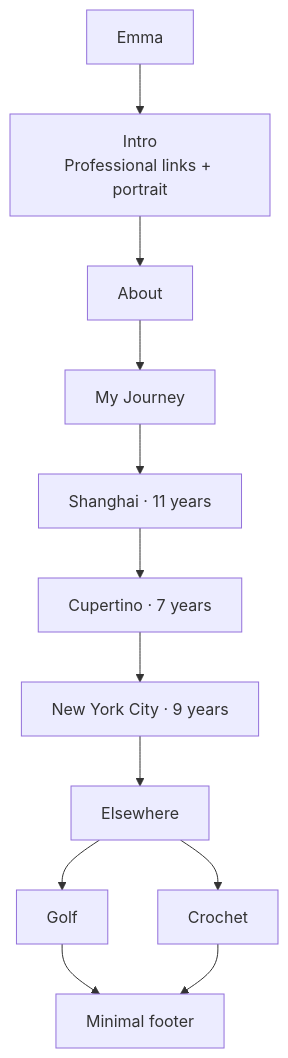
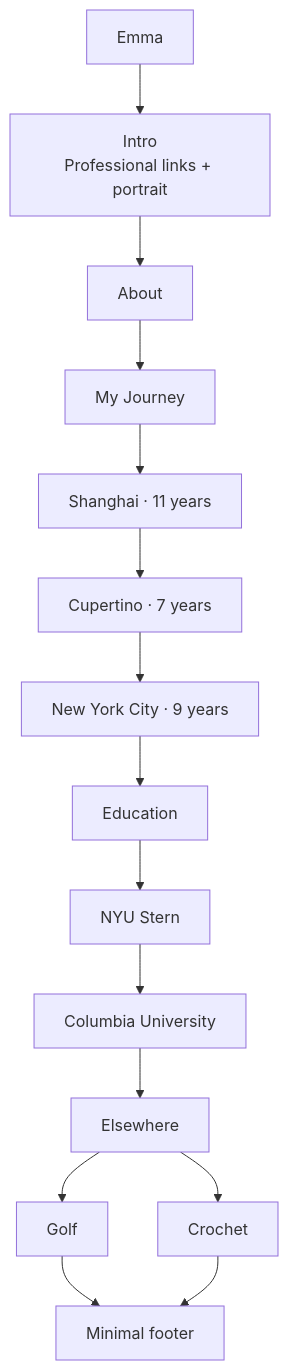
The diagram in docs/DESIGN_BRIEF.md (emmatyy19/emmatyy19.github.io), drawn with Mermaid before and after one commit. The commit also changed other lines of this file and 12 other files, not shown here.

````diff
--- a/docs/DESIGN_BRIEF.md
+++ b/docs/DESIGN_BRIEF.md
@@ -13,14 +13,17 @@
 ```mermaid
 flowchart TB
     Identity[Emma] --> Intro[Intro<br/>Professional links + portrait]
     Intro --> About[About]
     About --> Journey[My Journey]
     Journey --> Shanghai[Shanghai · 11 years]
     Shanghai --> Cupertino[Cupertino · 7 years]
     Cupertino --> NYC[New York City · 9 years]
-    NYC --> Elsewhere[Elsewhere]
+    NYC --> Education[Education]
+    Education --> NYU[NYU Stern]
+    NYU --> Columbia[Columbia University]
+    Columbia --> Elsewhere[Elsewhere]
     Elsewhere --> Golf[Golf]
     Elsewhere --> Crochet[Crochet]
     Golf --> Footer[Minimal footer]
     Crochet --> Footer
 ```
````
